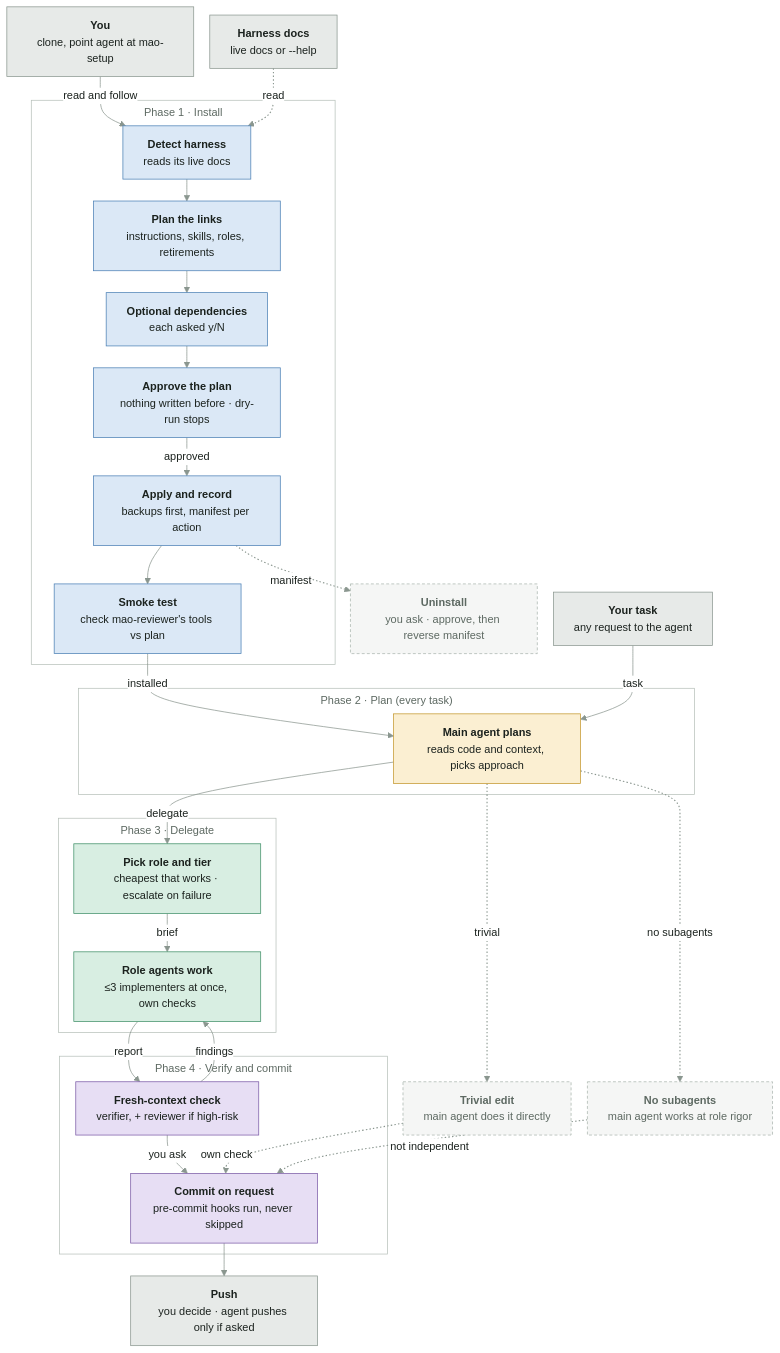
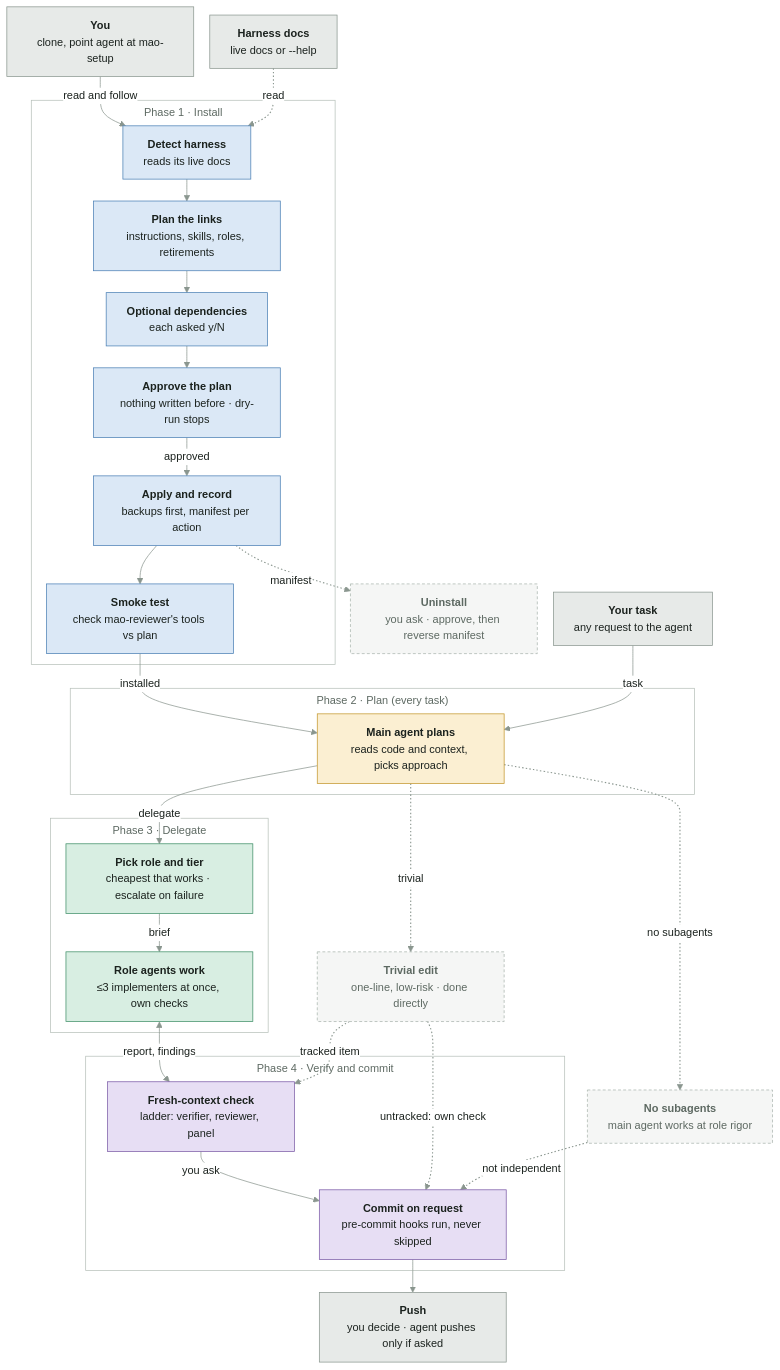
Before and after one commit to Gamebreack/multi-agent-orchestration: the first of 3 diagrams in flow-map.md, drawn with Mermaid. The commit also changed other lines of this file and 10 other files, not shown here.

````diff
--- a/flow-map.md
+++ b/flow-map.md
@@ -12,75 +12,76 @@
 ```mermaid
 %%{init: {"theme":"base","themeVariables":{"fontFamily":"system-ui, -apple-system, Segoe UI, sans-serif","fontSize":"15px","primaryTextColor":"#1b221e","lineColor":"#8a968f","clusterBkg":"transparent","clusterBorder":"#b7c0ba","titleColor":"#5d6962","edgeLabelBackground":"#ffffff"},"flowchart":{"curve":"basis","nodeSpacing":22,"rankSpacing":30,"padding":14,"htmlLabels":true,"subGraphTitleMargin":{"top":6,"bottom":14}}}}%%
 flowchart TD
     U["<b>You</b><br/>clone, point agent at mao-setup"]
     HD["<b>Harness docs</b><br/>live docs or --help"]
     REQ["<b>Your task</b><br/>any request to the agent"]
     PUSH["<b>Push</b><br/>you decide · agent pushes only if asked"]
     UN["<b>Uninstall</b><br/>you ask · approve, then reverse manifest"]
-    TRIV["<b>Trivial edit</b><br/>main agent does it directly"]
+    TRIV["<b>Trivial edit</b><br/>one-line, low-risk · done directly"]
     FB["<b>No subagents</b><br/>main agent works at role rigor"]
 
     subgraph F1["Phase 1 · Install"]
         S1["<b>Detect harness</b><br/>reads its live docs"]
         S2["<b>Plan the links</b><br/>instructions, skills, roles, retirements"]
         S3["<b>Optional dependencies</b><br/>each asked y/N"]
         S4["<b>Approve the plan</b><br/>nothing written before · dry-run stops"]
         S5["<b>Apply and record</b><br/>backups first, manifest per action"]
         S6["<b>Smoke test</b><br/>check mao-reviewer's tools vs plan"]
     end
 
     subgraph F2["Phase 2 · Plan (every task)"]
         P1["<b>Main agent plans</b><br/>reads code and context, picks approach"]
     end
 
     subgraph F3["Phase 3 · Delegate"]
         D1["<b>Pick role and tier</b><br/>cheapest that works · escalate on failure"]
         D2["<b>Role agents work</b><br/>≤3 implementers at once, own checks"]
     end
 
     subgraph F4["Phase 4 · Verify and commit"]
-        V1["<b>Fresh-context check</b><br/>verifier, + reviewer if high-risk"]
+        V1["<b>Fresh-context check</b><br/>ladder: verifier, reviewer, panel"]
         C1["<b>Commit on request</b><br/>pre-commit hooks run, never skipped"]
     end
 
     U -->|"read and follow"| S1
     %% 1: read-only
     HD -.->|"read"| S1
     S1 --> S2
     S2 --> S3
     S3 --> S4
     S4 -->|"approved"| S5
     S5 --> S6
     S6 -->|"installed"| P1
     REQ -->|"task"| P1
     %% 9: side path
     P1 -.->|"trivial"| TRIV
     P1 -->|"delegate"| D1
     %% 11: side path
     P1 -.->|"no subagents"| FB
     D1 -->|"brief"| D2
-    D2 -->|"report"| V1
-    V1 -->|"findings"| D2
+    D2 <-->|"report, findings"| V1
     V1 -->|"you ask"| C1
     C1 --> PUSH
+    %% 16: side path
+    S5 -.->|"manifest"| UN
     %% 17: side path
-    S5 -.->|"manifest"| UN
+    TRIV -.->|"untracked: own check"| C1
     %% 18: side path
-    TRIV -.->|"own check"| C1
+    FB -.->|"not independent"| C1
     %% 19: side path
-    FB -.->|"not independent"| C1
+    TRIV -.->|"tracked item"| V1
 
     classDef ext fill:#e7eae8,stroke:#8a968f,color:#1b221e
     classDef p1 fill:#dbe8f6,stroke:#4a7fb5,color:#1b221e
     classDef p2 fill:#fbefd2,stroke:#c3962c,color:#1b221e
     classDef p3 fill:#d8eee2,stroke:#3f8f68,color:#1b221e
     classDef p4 fill:#e7def4,stroke:#7a5aa6,color:#1b221e
     classDef side fill:#f5f6f5,stroke:#a9b4ad,color:#5d6962,stroke-dasharray:4 3
     class U,HD,REQ,PUSH ext
     class S1,S2,S3,S4,S5,S6 p1
     class P1 p2
     class D1,D2 p3
     class V1,C1 p4
     class UN,TRIV,FB side
-    linkStyle 1,9,11,17,18,19 stroke:#8a968f,stroke-width:1.5px,stroke-dasharray:2 3
+    linkStyle 1,9,11,16,17,18,19 stroke:#8a968f,stroke-width:1.5px,stroke-dasharray:2 3
 ```
````
